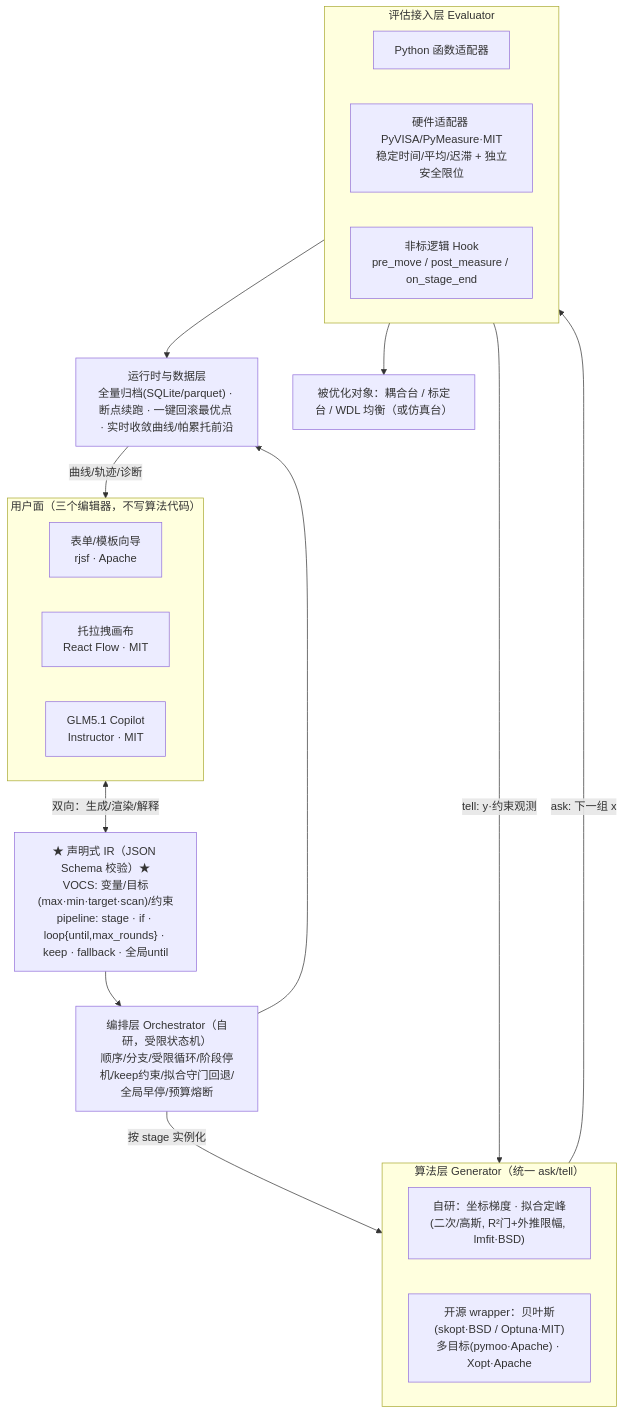
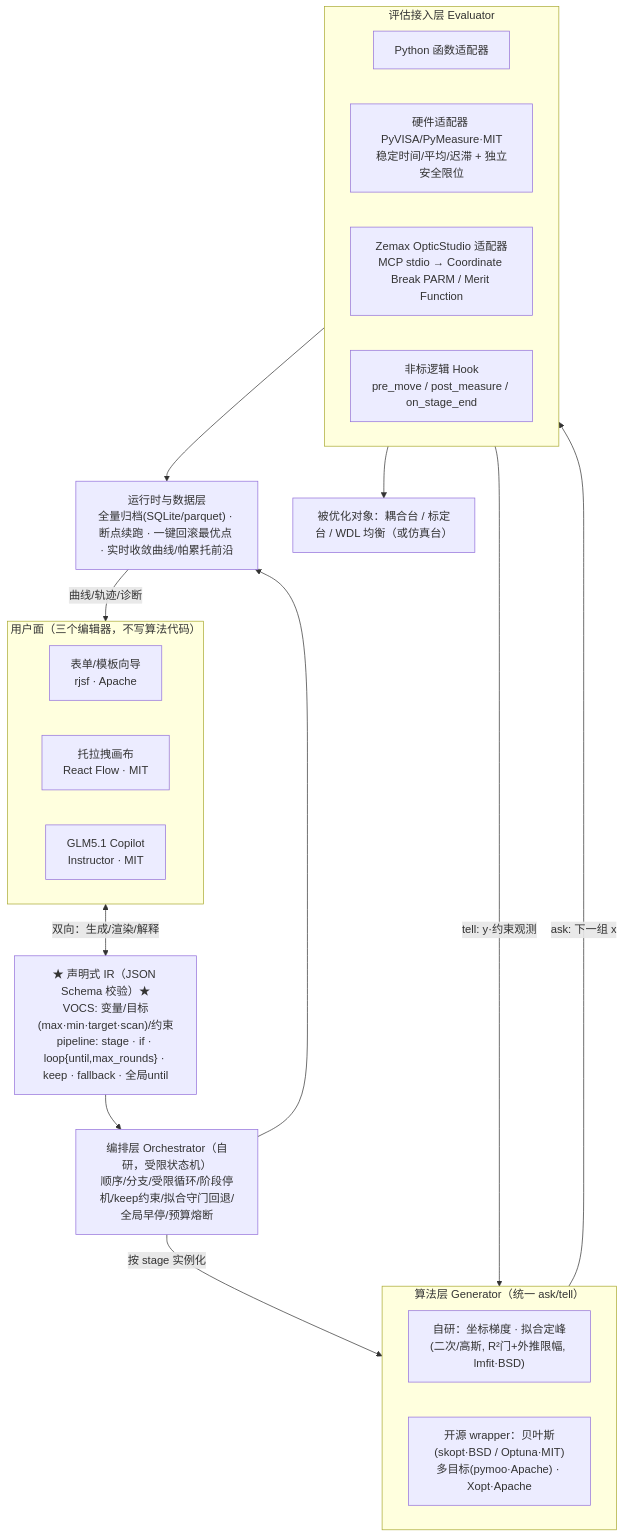
Before and after one commit to TimNiegml/optimization-platform: the diagram in ARCHITECTURE.md, drawn with Mermaid. The commit also changed other lines of this file and 12 other files, not shown here.

First line of the commit message:
Zemax OpticStudio backend + pluggable evaluator backends

````diff
--- a/ARCHITECTURE.md
+++ b/ARCHITECTURE.md
@@ -31,40 +31,41 @@
 ```mermaid
 flowchart TB
     subgraph UI["用户面（三个编辑器，不写算法代码）"]
       direction LR
       FORM["表单/模板向导<br/>rjsf · Apache"]
       CANVAS["托拉拽画布<br/>React Flow · MIT"]
       NL["GLM5.1 Copilot<br/>Instructor · MIT"]
     end
 
     IR["★ 声明式 IR（JSON Schema 校验）★<br/>VOCS: 变量/目标(max·min·target·scan)/约束<br/>pipeline: stage · if · loop{until,max_rounds} · keep · fallback · 全局until"]
 
     ORCH["编排层 Orchestrator（自研，受限状态机）<br/>顺序/分支/受限循环/阶段停机/keep约束/拟合守门回退/全局早停/预算熔断"]
 
     subgraph GEN["算法层 Generator（统一 ask/tell）"]
       direction LR
       SELF["自研：坐标梯度 · 拟合定峰<br/>(二次/高斯, R²门+外推限幅, lmfit·BSD)"]
       OSS["开源 wrapper：贝叶斯(skopt·BSD / Optuna·MIT)<br/>多目标(pymoo·Apache) · Xopt·Apache"]
     end
 
     subgraph EVAL["评估接入层 Evaluator"]
       direction LR
       FN["Python 函数适配器"]
       HW["硬件适配器 PyVISA/PyMeasure·MIT<br/>稳定时间/平均/迟滞 + 独立安全限位"]
+      ZMX["Zemax OpticStudio 适配器<br/>MCP stdio → Coordinate Break PARM / Merit Function"]
       HOOK["非标逻辑 Hook<br/>pre_move / post_measure / on_stage_end"]
     end
 
     DATA["运行时与数据层<br/>全量归档(SQLite/parquet) · 断点续跑 · 一键回滚最优点 · 实时收敛曲线/帕累托前沿"]
 
     DEV["被优化对象：耦合台 / 标定台 / WDL 均衡（或仿真台）"]
 
     UI <-->|双向：生成/渲染/解释| IR
     IR --> ORCH
     ORCH -->|按 stage 实例化| GEN
     GEN -->|ask: 下一组 x| EVAL
     EVAL -->|tell: y·约束观测| GEN
     EVAL --> DEV
     ORCH --> DATA
     EVAL --> DATA
     DATA -->|曲线/轨迹/诊断| UI
 ```
````
